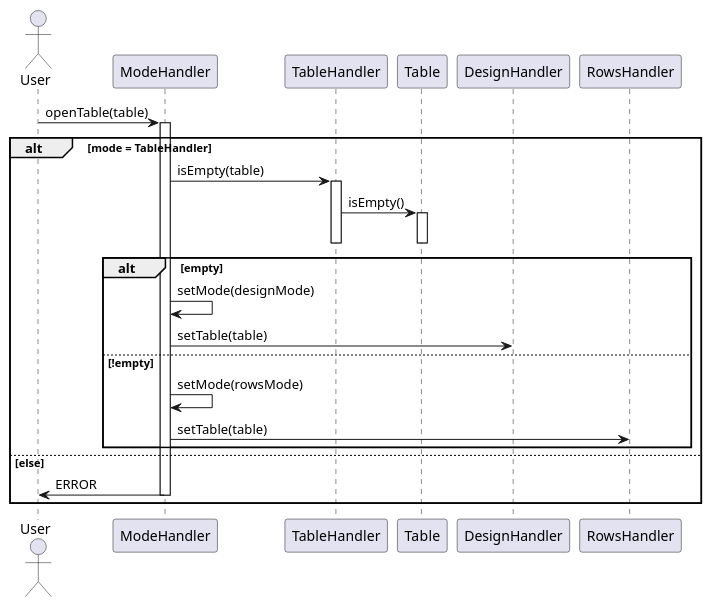
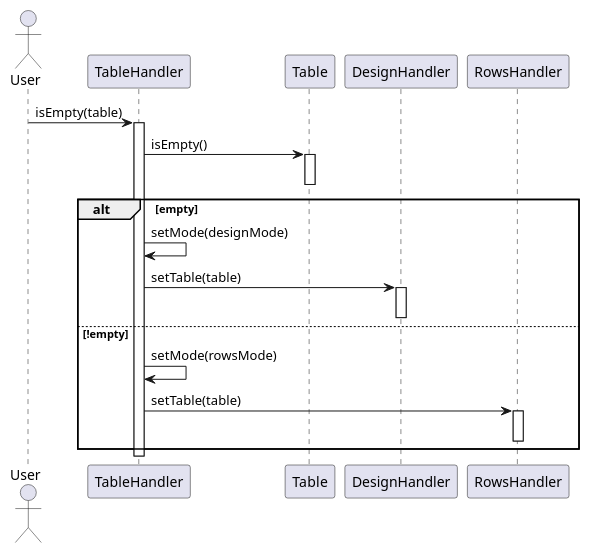
One commit to Bhamoss/softwareOntwerpProject changed the diagram in diagrams/interactionDiagrams/openTable.puml. Above: the diagram before and after it, drawn with PlantUML. The commit also changed 12 other files, not shown here.

Commit message:
interactie diagrammen aangepasdt

```diff
--- a/diagrams/interactionDiagrams/openTable.puml
+++ b/diagrams/interactionDiagrams/openTable.puml
@@ -1,26 +1,24 @@
 @startuml
 actor User
-User -> ModeHandler: openTable(table)
-activate ModeHandler
-alt mode = TableHandler
-ModeHandler -> TableHandler: isEmpty(table)
+
+User -> TableHandler: isEmpty(table)
 activate TableHandler
 TableHandler -> Table: isEmpty()
 activate Table
 deactivate Table
+alt empty
+    TableHandler -> TableHandler: setMode(designMode)
+    TableHandler -> DesignHandler: setTable(table)
+    activate DesignHandler
+    deactivate DesignHandler
+else !empty
+    TableHandler -> TableHandler: setMode(rowsMode)
+    TableHandler -> RowsHandler: setTable(table)
+    activate RowsHandler
+    deactivate RowsHandler
+end
 deactivate TableHandler
-alt empty
-    ModeHandler -> ModeHandler: setMode(designMode)
-    ModeHandler -> DesignHandler: setTable(table)
-else !empty
-    ModeHandler -> ModeHandler: setMode(rowsMode)
-    ModeHandler -> RowsHandler: setTable(table)
 
 
-end
-else else
-ModeHandler -> User: ERROR
-deactivate ModeHandler
-end
 
 @enduml
```
